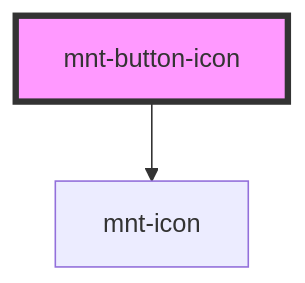
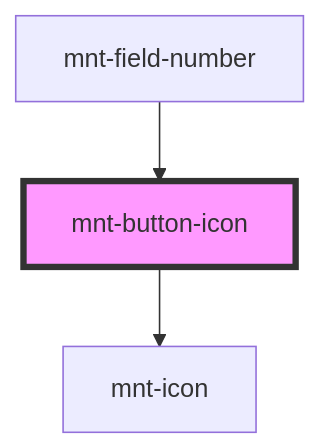
One commit to yooga-tecnologia/mantra changed the diagram in src/components/button/readme.md. Above: the diagram before and after it, drawn with Mermaid. The commit also changed other lines of this file and 14 other files, not shown here.

First line of the commit message:
feat(field-number): create component

````diff
--- a/src/components/button/readme.md
+++ b/src/components/button/readme.md
@@ -40,5 +44,6 @@
 ```mermaid
 graph TD;
   mnt-button-icon --> mnt-icon
+  mnt-field-number --> mnt-button-icon
   style mnt-button-icon fill:#f9f,stroke:#333,stroke-width:4px
 ```
````
